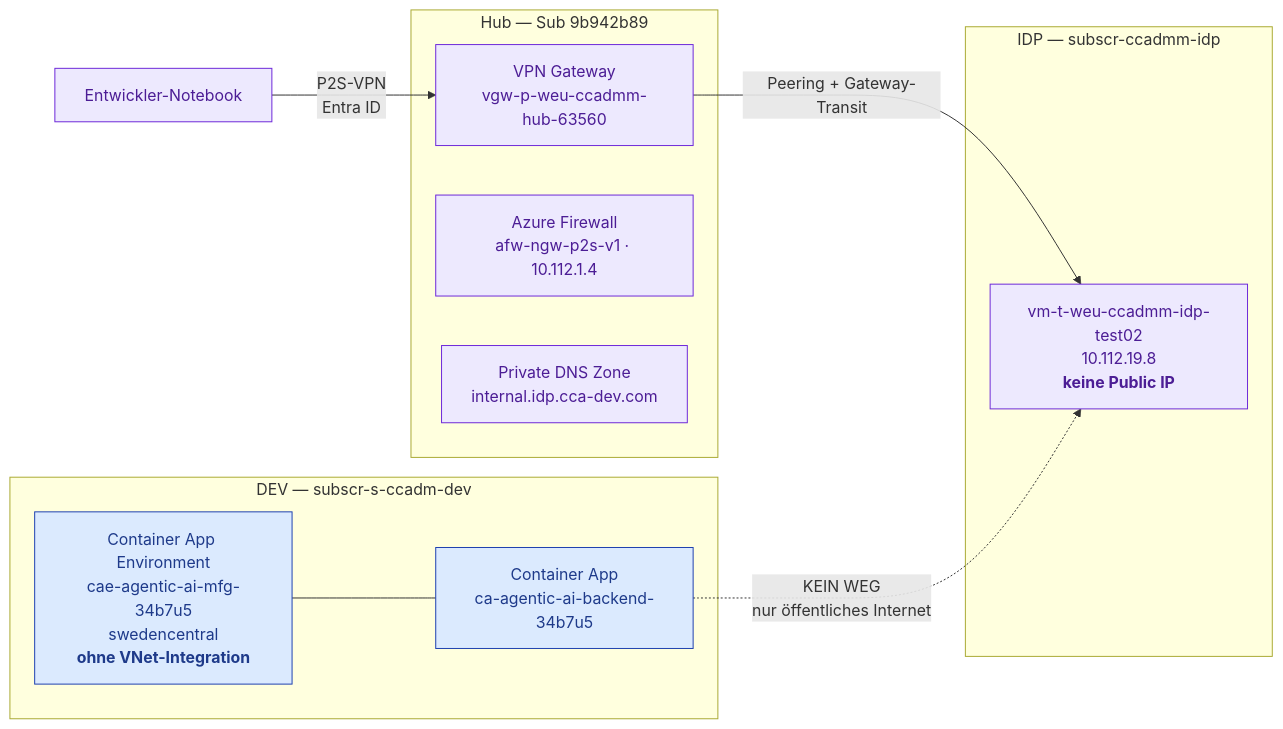
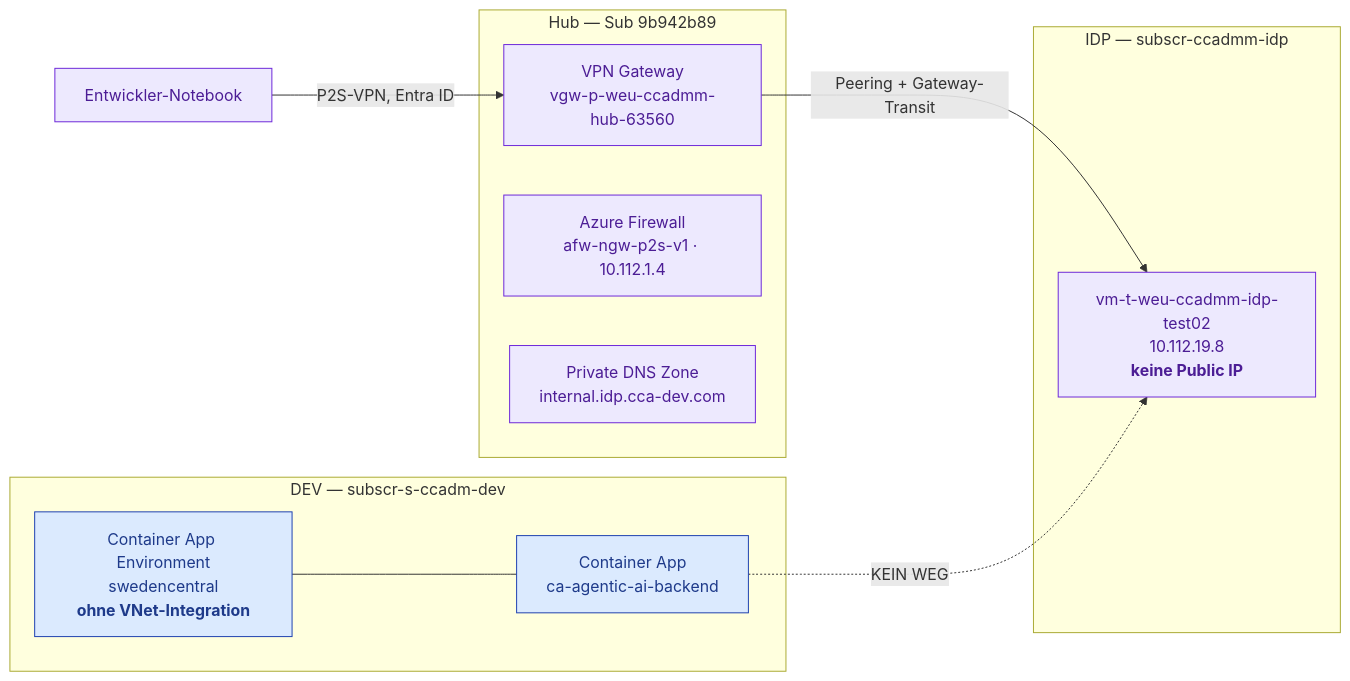
One commit to Ahmaad-dev/agentic-ai-mfg-infrastructure-terraform changed the first of 3 diagrams in docs/NETZWERKARCHITEKTUR.md. Above: the diagram before and after it, drawn with Mermaid. The commit also changed other lines of this file and 2 other files, not shown here.

Commit message:
Update network and container app configurations to enforce subnet delegation for VNet integration and specify consumption workload profile

````diff
--- a/docs/NETZWERKARCHITEKTUR.md
+++ b/docs/NETZWERKARCHITEKTUR.md
@@ -71,28 +67,27 @@
 ```mermaid
 flowchart LR
     subgraph DEV["DEV — subscr-s-ccadm-dev"]
-        CAE["Container App Environment<br/>cae-agentic-ai-mfg-34b7u5<br/>swedencentral<br/><b>ohne VNet-Integration</b>"]
-        APP["Container App<br/>ca-agentic-ai-backend-34b7u5"]
+        CAE["Container App Environment<br/>swedencentral<br/><b>ohne VNet-Integration</b>"]
+        APP["Container App<br/>ca-agentic-ai-backend"]
         CAE --- APP
     end
 
     subgraph HUB["Hub — Sub 9b942b89"]
         GW["VPN Gateway<br/>vgw-p-weu-ccadmm-hub-63560"]
         FW["Azure Firewall<br/>afw-ngw-p2s-v1 · 10.112.1.4"]
         DNS["Private DNS Zone<br/>internal.idp.cca-dev.com"]
     end
 
     subgraph IDP["IDP — subscr-ccadmm-idp"]
         VM["vm-t-weu-ccadmm-idp-test02<br/>10.112.19.8<br/><b>keine Public IP</b>"]
     end
 
-    DEVELOPER["Entwickler-Notebook"] -->|"P2S-VPN<br/>Entra ID"| GW
+    DEVELOPER["Entwickler-Notebook"] -->|"P2S-VPN, Entra ID"| GW
     GW -->|"Peering + Gateway-Transit"| VM
-    APP -.->|"KEIN WEG<br/>nur öffentliches Internet"| VM
+    APP -.->|"KEIN WEG"| VM
 
     classDef own fill:#dbeafe,stroke:#1e40af,color:#1e3a8a
     classDef ext fill:#ede9fe,stroke:#6d28d9,color:#4c1d95
     class CAE,APP own
-    class GW,FW,DNS,VM ext
-    class DEVELOPER ext
+    class GW,FW,DNS,VM,DEVELOPER ext
 ```
````
